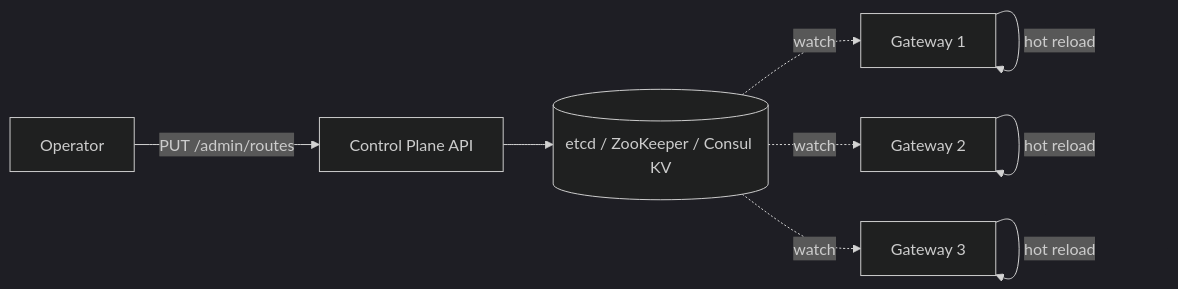
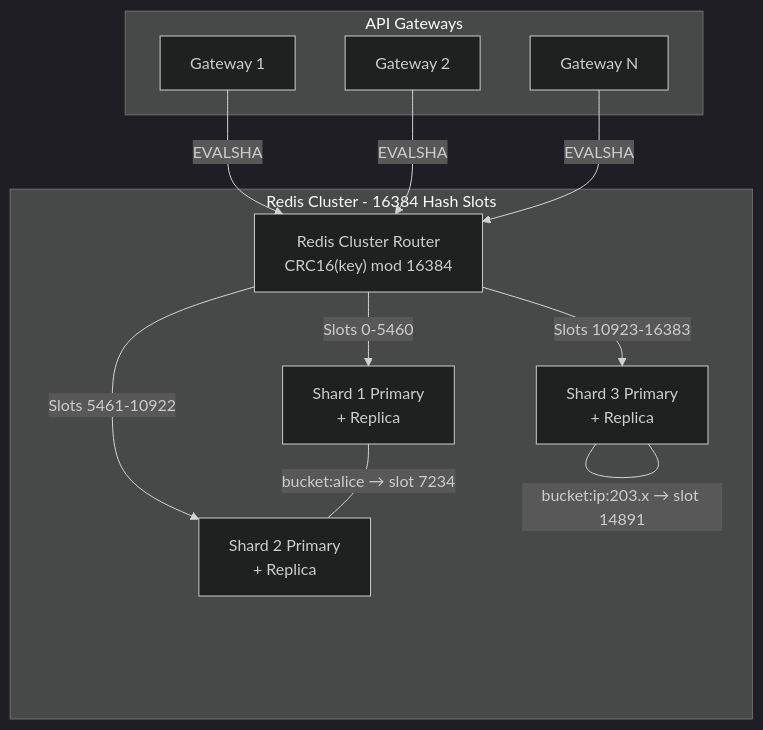
Before and after one commit to vipi-n/swe-101: the fourth of 8 diagrams in hld/rate_limitter.md, drawn with Mermaid (dark theme). The commit also changed other lines of this file, not shown here.

````diff
--- a/hld/rate_limitter.md
+++ b/hld/rate_limitter.md
@@ -899,11 +1341,19 @@
 ```mermaid
-flowchart LR
-    Ops[Operator] -->|PUT /admin/routes| ControlPlane[Control Plane API]
-    ControlPlane --> Store[(etcd / ZooKeeper / Consul KV)]
-    Store -.watch.-> GW1[Gateway 1]
-    Store -.watch.-> GW2[Gateway 2]
-    Store -.watch.-> GW3[Gateway 3]
-    GW1 -->|hot reload| GW1
-    GW2 -->|hot reload| GW2
-    GW3 -->|hot reload| GW3
+flowchart TD
+    subgraph API Gateways
+        GW1[Gateway 1]
+        GW2[Gateway 2]
+        GW3[Gateway N]
+    end
+
+    GW1 & GW2 & GW3 -->|EVALSHA| Router["Redis Cluster Router<br/>CRC16(key) mod 16384"]
+
+    subgraph Redis Cluster - 16384 Hash Slots
+        Router -->|Slots 0-5460| S1[Shard 1 Primary<br/>+ Replica]
+        Router -->|Slots 5461-10922| S2[Shard 2 Primary<br/>+ Replica]
+        Router -->|Slots 10923-16383| S3[Shard 3 Primary<br/>+ Replica]
+    end
+
+    S1 ---|"bucket:alice → slot 7234"| S2
+    S3 ---|"bucket:ip:203.x → slot 14891"| S3
 ```
````
